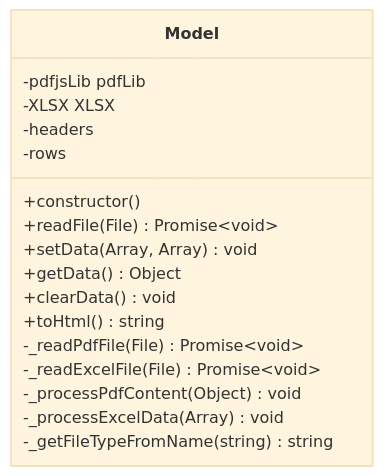
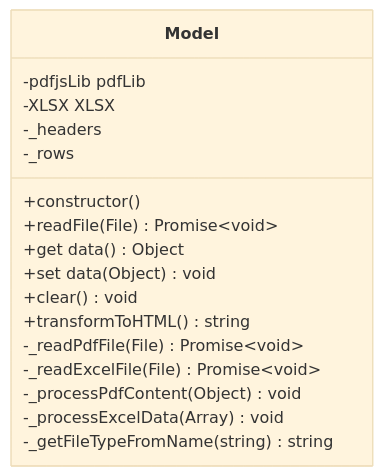
One commit to ahmetcankaratas/transformer changed the third of 4 diagrams in HW1/JavaScript/README.md. Above: the diagram before and after it, drawn with Mermaid (base theme). The commit also changed other lines of this file and 3 other files, not shown here.

Commit message:
improve usage of get and set methods

````diff
--- a/HW1/JavaScript/README.md
+++ b/HW1/JavaScript/README.md
@@ -100,20 +103,20 @@
 ```mermaid
 classDiagram
     class Model {
         -pdfjsLib pdfLib
         -XLSX XLSX
-        -headers
-        -rows
+        -_headers
+        -_rows
         +constructor()
         +readFile(File) Promise~void~
-        +setData(Array, Array) void
-        +getData() Object
-        +clearData() void
-        +toHtml() string
+        +get data() Object
+        +set data(Object) void
+        +clear() void
+        +transformToHTML() string
         -_readPdfFile(File) Promise~void~
         -_readExcelFile(File) Promise~void~
         -_processPdfContent(Object) void
         -_processExcelData(Array) void
         -_getFileTypeFromName(string) string
     }
 ```
````
